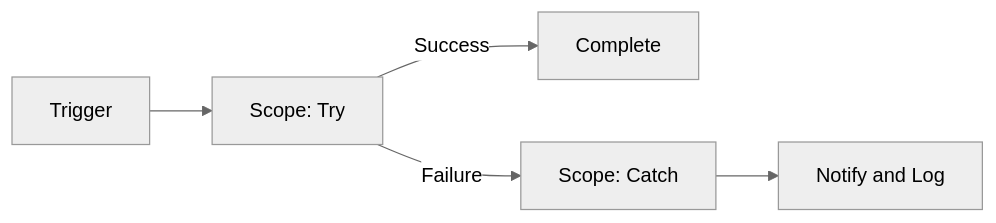
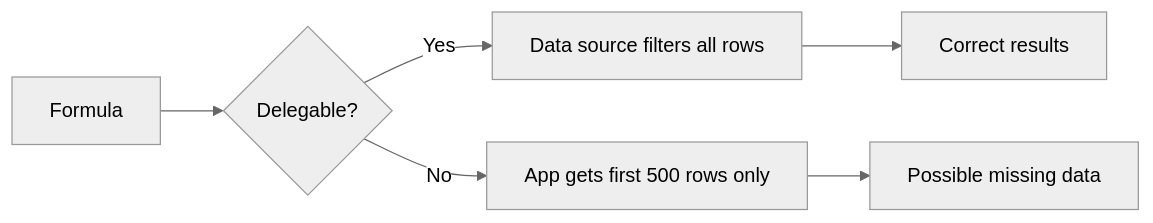
One commit to bharadwaj-vemula/power-apps-canvas-samples changed the diagram in README.md. Above: the diagram before and after it, drawn with Mermaid (neutral theme). The commit also changed other lines of this file, not shown here.

````diff
--- a/README.md
+++ b/README.md
@@ -27,7 +20,8 @@
 ```mermaid
 flowchart LR
-    A[Trigger] --> B[Scope: Try]
-    B -->|Success| C[Complete]
-    B -->|Failure| D[Scope: Catch]
-    D --> E[Notify and Log]
+    A[Formula] --> B{Delegable?}
+    B -->|Yes| C[Data source filters all rows]
+    B -->|No| D[App gets first 500 rows only]
+    C --> E[Correct results]
+    D --> F[Possible missing data]
 ```
````
